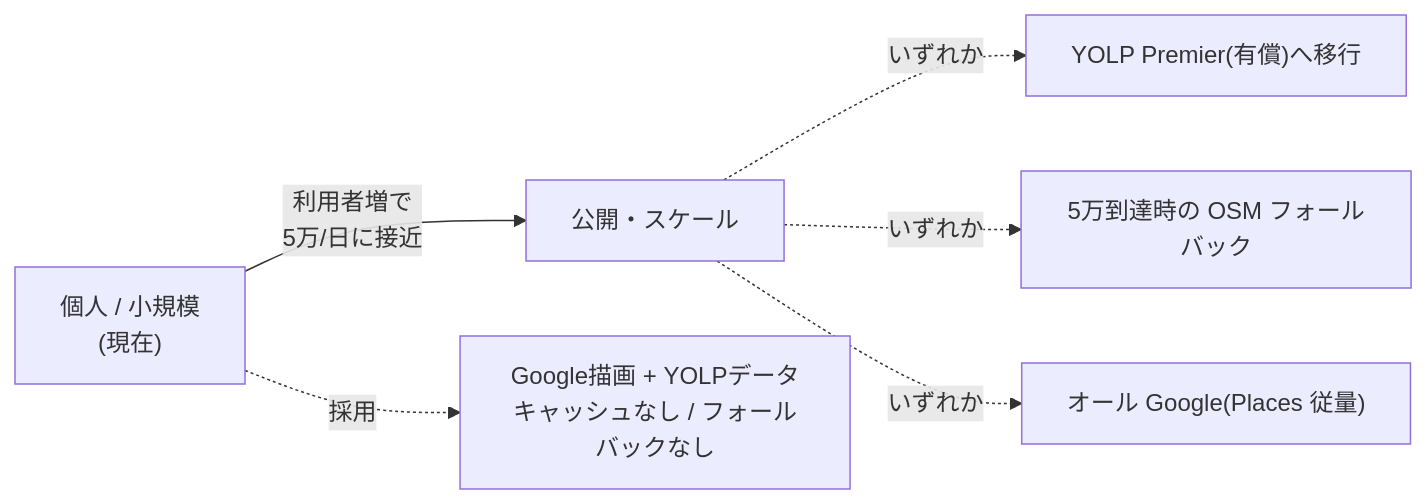
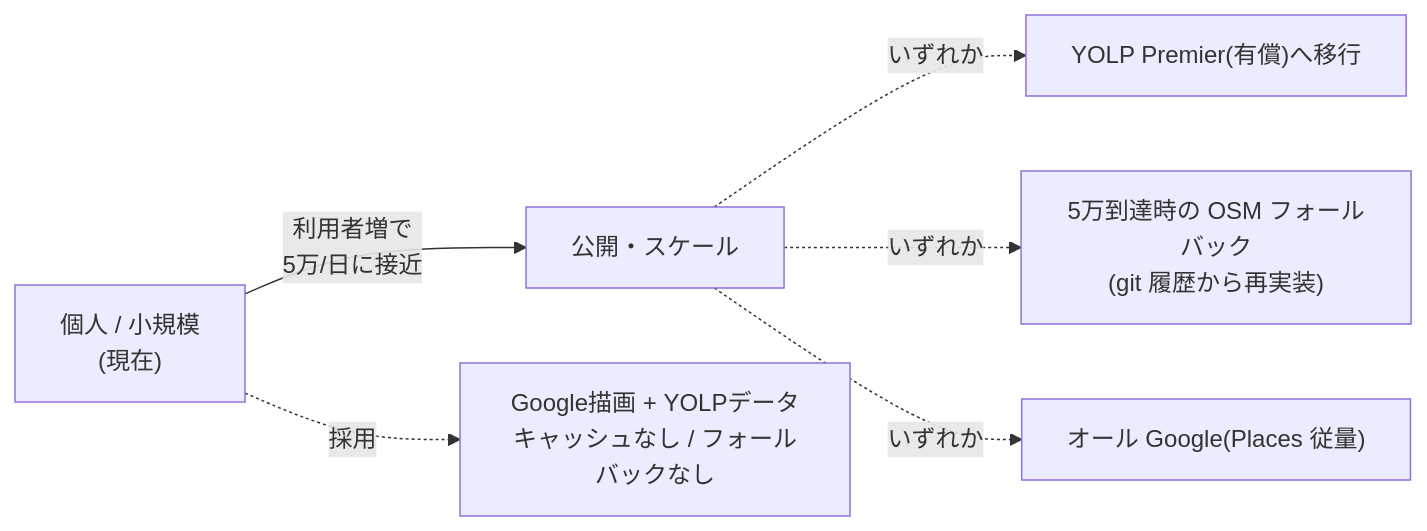
Before and after one commit to ktakjm/poikatsu: the diagram in docs/map-data-stack.md, drawn with Mermaid. The commit also changed other lines of this file and 3 other files, not shown here.

````diff
--- a/docs/map-data-stack.md
+++ b/docs/map-data-stack.md
@@ -133,8 +127,8 @@
 ```mermaid
 flowchart LR
     A["個人 / 小規模<br/>(現在)"] -->|利用者増で<br/>5万/日に接近| B["公開・スケール"]
     A -.->|採用| A1["Google描画 + YOLPデータ<br/>キャッシュなし / フォールバックなし"]
     B -.->|いずれか| B1["YOLP Premier(有償)へ移行"]
-    B -.->|いずれか| B2["5万到達時の OSM フォールバック"]
+    B -.->|いずれか| B2["5万到達時の OSM フォールバック<br/>(git 履歴から再実装)"]
     B -.->|いずれか| B3["オール Google(Places 従量)"]
 ```
````
